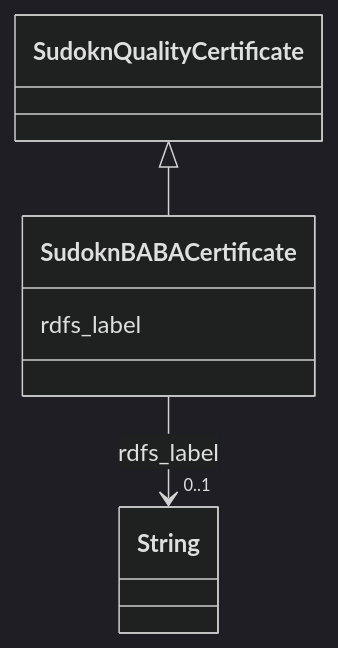
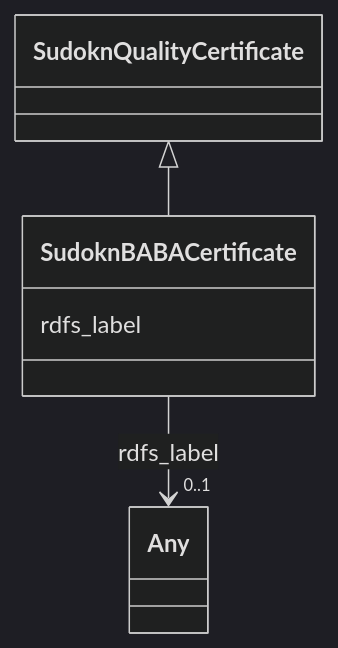
Before and after one commit to frink-okn/graph-descriptions: the diagram in sudokn-kg/classes/SudoknBABACertificate.md, drawn with Mermaid (dark theme). The commit also changed other lines of this file and 903 other files, not shown here.

````diff
--- a/sudokn-kg/classes/SudoknBABACertificate.md
+++ b/sudokn-kg/classes/SudoknBABACertificate.md
@@ -23,18 +18,18 @@
 ```mermaid
  classDiagram
     class SudoknBABACertificate
     click SudoknBABACertificate href "../SudoknBABACertificate"
       SudoknQualityCertificate <|-- SudoknBABACertificate
         click SudoknQualityCertificate href "../SudoknQualityCertificate"
       
       SudoknBABACertificate : rdfs_label
         
           
     
     
-    SudoknBABACertificate --> "0..1" String : rdfs_label
-    click String href "../String"
+    SudoknBABACertificate --> "0..1" Any : rdfs_label
+    click Any href "../Any"
 
         
       
 ```
````
